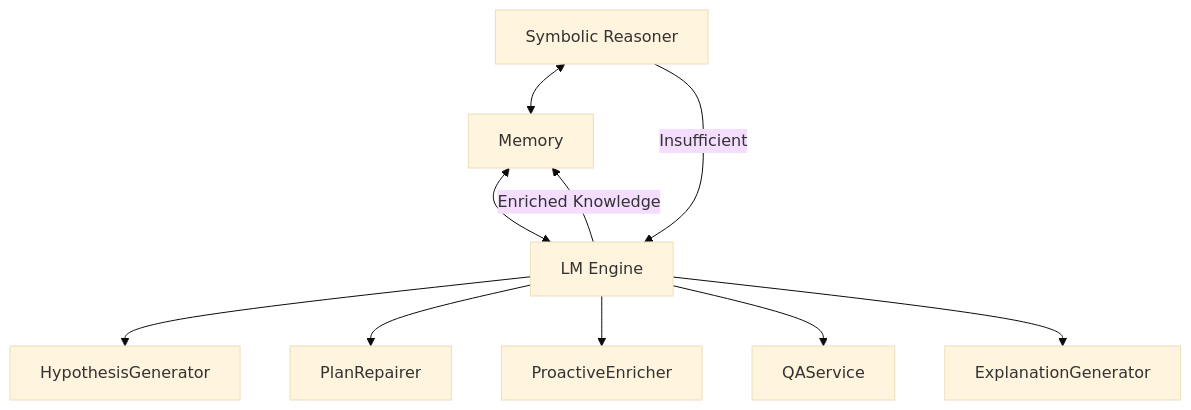
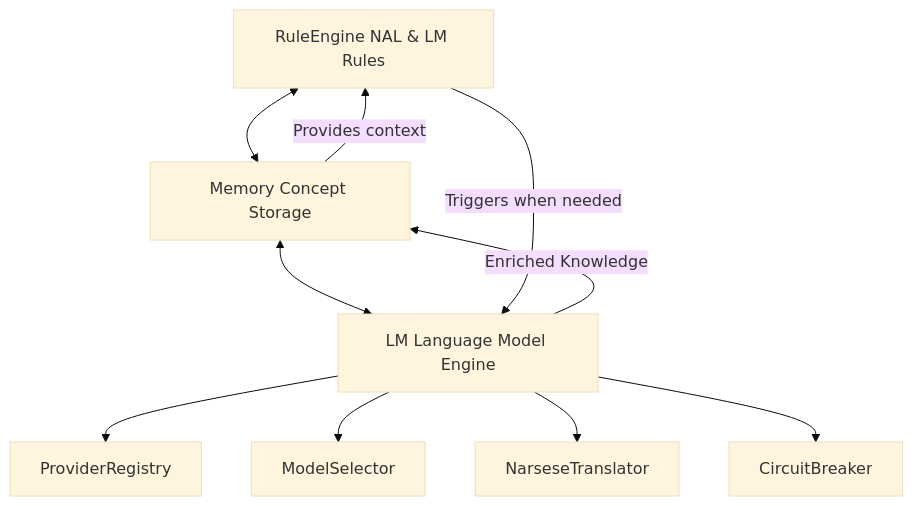
One commit to automenta/senars11 changed the fifth of 6 diagrams in docs/presentations/slides-next.md. Above: the diagram before and after it, drawn with Mermaid (base theme). The commit also changed other lines of this file, not shown here.

````diff
--- a/docs/presentations/slides-next.md
+++ b/docs/presentations/slides-next.md
@@ -468,14 +467,14 @@
 ```mermaid
 graph TD
-    A[Symbolic Reasoner] <--> B[Memory]
-    B <--> C[LM Engine]
+    A[RuleEngine NAL & LM Rules] <--> B[Memory Concept Storage]
+    B <--> C[LM Language Model Engine]
 
-    C --> C1[HypothesisGenerator]
-    C --> C2[PlanRepairer]
-    C --> C3[ProactiveEnricher]
-    C --> C4[QAService]
-    C --> C5[ExplanationGenerator]
+    C --> C1[ProviderRegistry]
+    C --> C2[ModelSelector]
+    C --> C3[NarseseTranslator]
+    C --> C4[CircuitBreaker]
 
-    A -- Insufficient --> C
+    A -- Triggers when needed --> C
     C -- Enriched Knowledge --> B
+    B -- Provides context --> A
 ```
````
